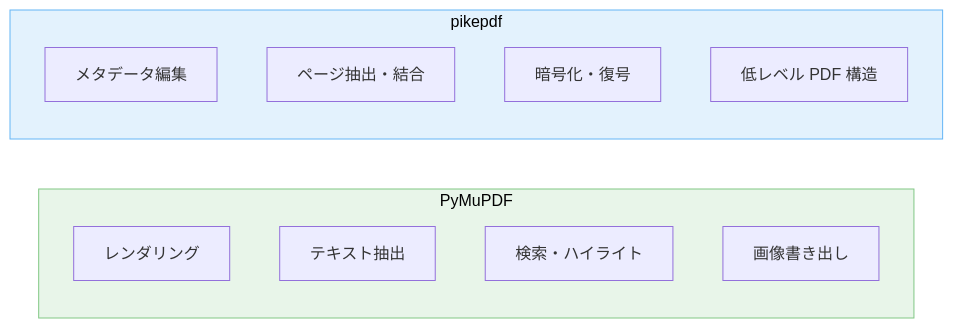
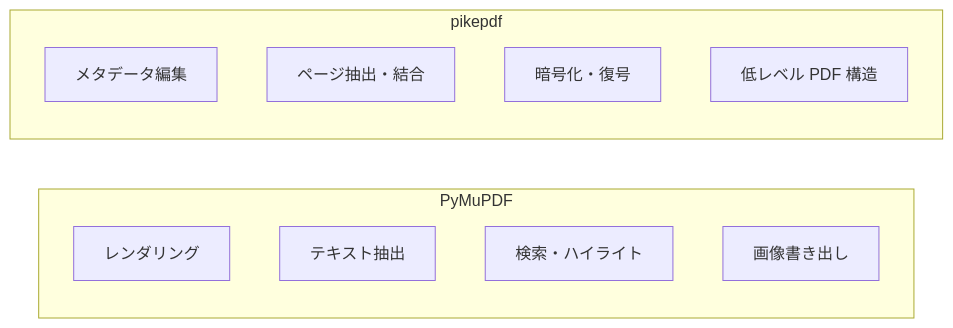
Before and after one commit to dinekt/dinekt-wiki: the diagram in docs/techniques/python-での-pdf-処理-pymupdf-と-pikepdf-の使い分け.md, drawn with Mermaid. The commit also changed other lines of this file and 70 other files, not shown here.

First line of the commit message:
fix(mermaid): strip all inline styling, rely on theme

````diff
--- a/docs/techniques/python-での-pdf-処理-pymupdf-と-pikepdf-の使い分け.md
+++ b/docs/techniques/python-での-pdf-処理-pymupdf-と-pikepdf-の使い分け.md
@@ -25,18 +25,16 @@
 ```mermaid
 flowchart LR
     subgraph PyMuPDF
       R[レンダリング]
       T[テキスト抽出]
       S[検索・ハイライト]
       I[画像書き出し]
     end
     subgraph pikepdf
       M[メタデータ編集]
       E[ページ抽出・結合]
       X[暗号化・復号]
       L[低レベル PDF 構造]
     end
 
-    style PyMuPDF fill:#e8f5e9,stroke:#81c784,color:#000
-    style pikepdf fill:#e3f2fd,stroke:#64b5f6,color:#000
 ```
````
